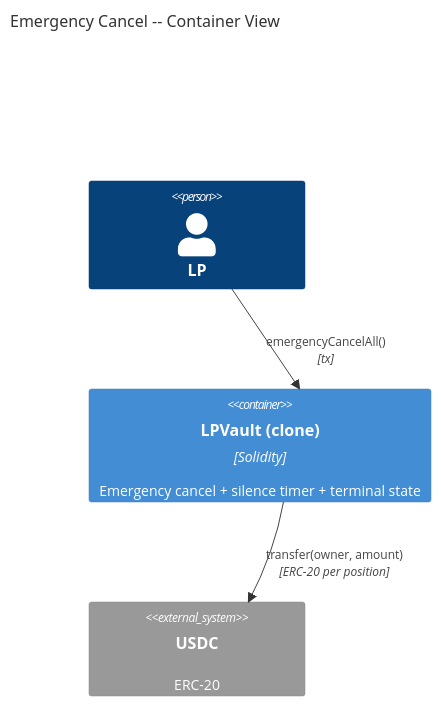
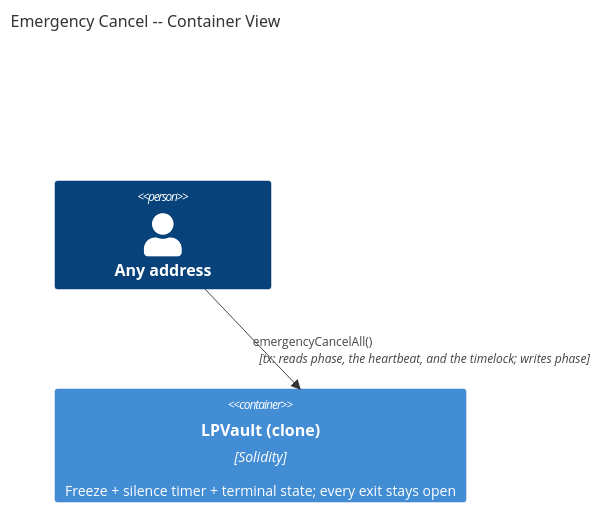
The second of 4 diagrams in specs/features/contracts/FEAT-JXQO-emergency-cancel-all-positions/ARCHITECTURE.md (ProphetMarket/lp-vaults), drawn with Mermaid before and after one commit. The commit also changed other lines of this file and 24 other files, not shown here.

First line of the commit message:
spec (vault): Specify the freeze and the per-vault timelock

````diff
--- a/specs/features/contracts/FEAT-JXQO-emergency-cancel-all-positions/ARCHITECTURE.md
+++ b/specs/features/contracts/FEAT-JXQO-emergency-cancel-all-positions/ARCHITECTURE.md
@@ -32,9 +33,7 @@
 ```mermaid
 C4Container
     title Emergency Cancel -- Container View
-    Person(lp, "LP")
-    Container(vault, "LPVault (clone)", "Solidity", "Emergency cancel + silence timer + terminal state")
-    System_Ext(usdc, "USDC", "ERC-20")
-    Rel(lp, vault, "emergencyCancelAll()", "tx")
-    Rel(vault, usdc, "transfer(owner, amount)", "ERC-20 per position")
+    Person(anyone, "Any address")
+    Container(vault, "LPVault (clone)", "Solidity", "Freeze + silence timer + terminal state; every exit stays open")
+    Rel(anyone, vault, "emergencyCancelAll()", "tx: reads phase, the heartbeat, and the timelock; writes phase")
 ```
````
